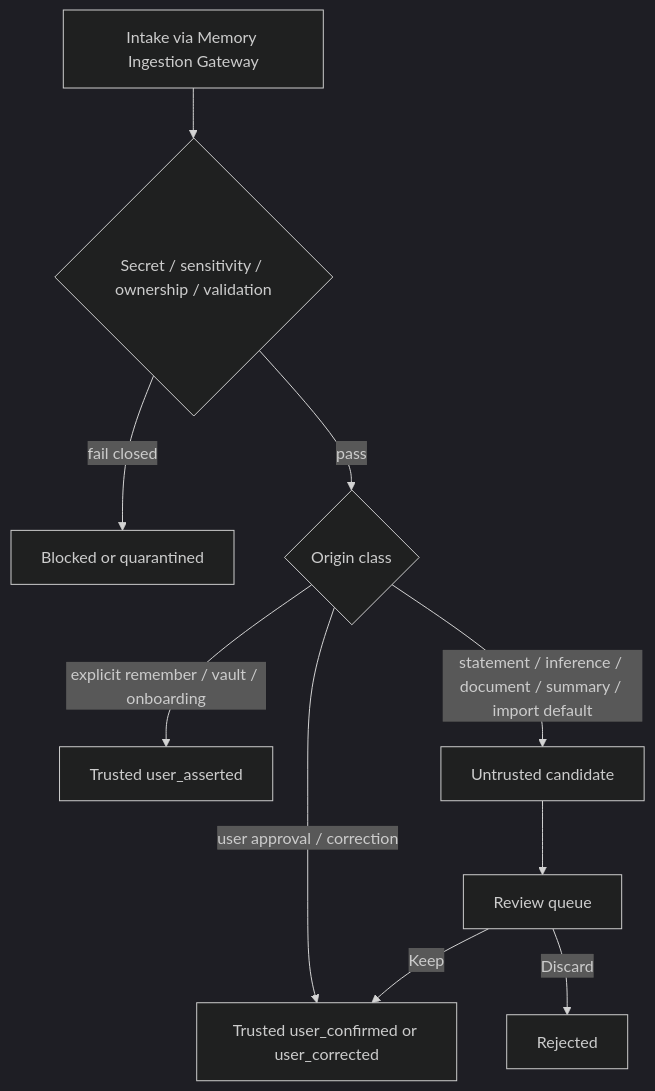
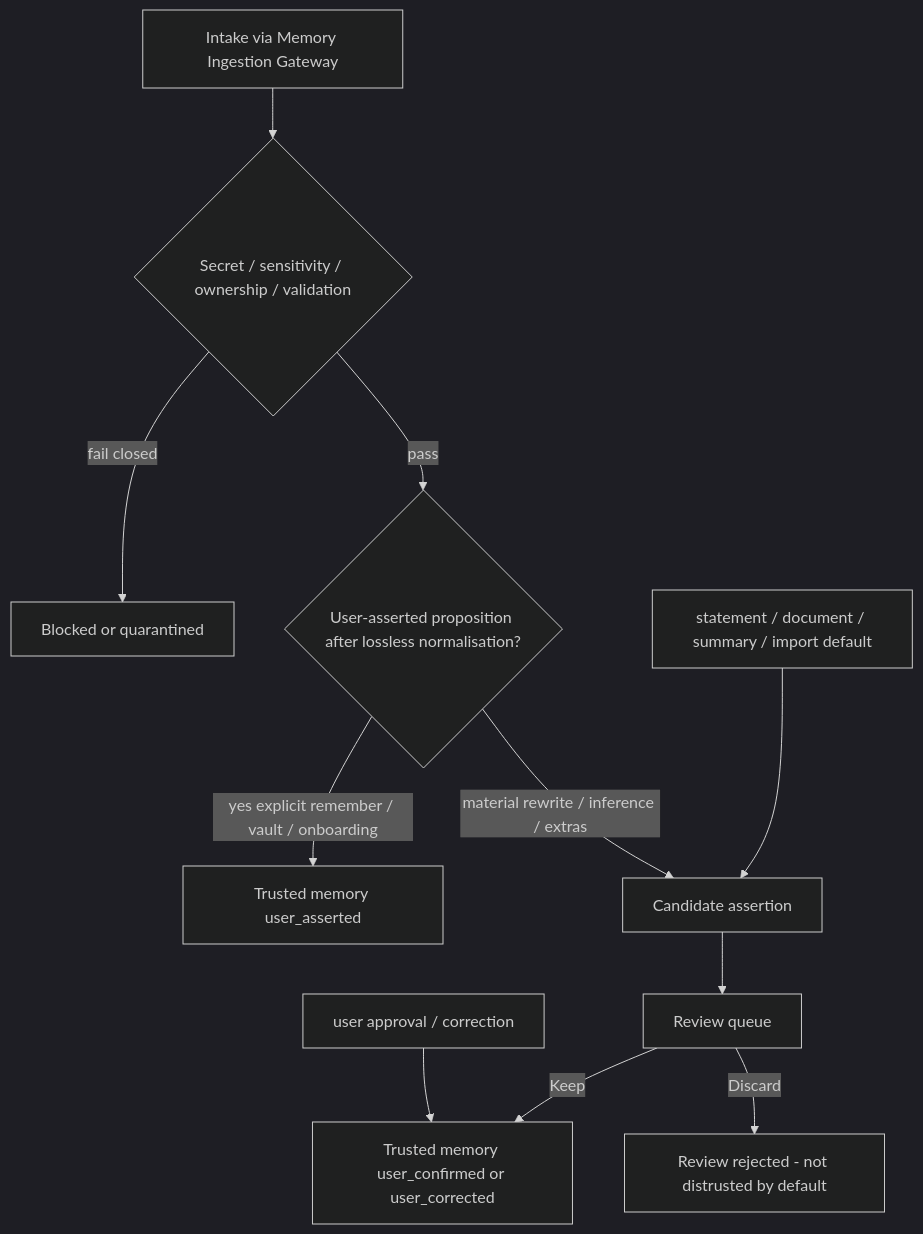
The seventh of 9 diagrams in docs/memory-system/08-memory-model.md (NicolVii/ContextVault), drawn with Mermaid (dark theme) before and after one commit. The commit also changed other lines of this file, not shown here.

First line of the commit message:
docs: refine Stage 8 memory model

````diff
--- a/docs/memory-system/08-memory-model.md
+++ b/docs/memory-system/08-memory-model.md
@@ -1243,12 +1382,13 @@
 ```mermaid
 flowchart TD
   In[Intake via Memory Ingestion Gateway] --> Pol{Secret / sensitivity / ownership / validation}
   Pol -->|fail closed| Block[Blocked or quarantined]
-  Pol -->|pass| Path{Origin class}
-  Path -->|explicit remember / vault / onboarding| Trusted[Trusted user_asserted]
-  Path -->|statement / inference / document / summary / import default| Cand[Untrusted candidate]
-  Path -->|user approval / correction| Trusted2[Trusted user_confirmed or user_corrected]
+  Pol -->|pass| Auth{User-asserted proposition after lossless normalisation?}
+  Auth -->|yes explicit remember / vault / onboarding| Trusted[Trusted memory user_asserted]
+  Auth -->|material rewrite / inference / extras| Cand[Candidate assertion]
+  Path2[statement / document / summary / import default] --> Cand
+  Path3[user approval / correction] --> Trusted2[Trusted memory user_confirmed or user_corrected]
   Cand --> Review[Review queue]
   Review -->|Keep| Trusted2
-  Review -->|Discard| Rejected[Rejected]
+  Review -->|Discard| Rejected[Review rejected - not distrusted by default]
 ```
````
